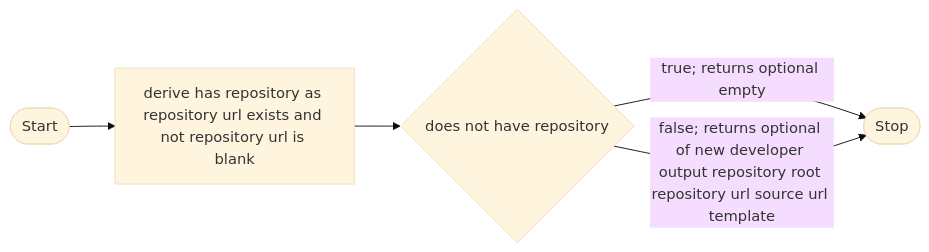
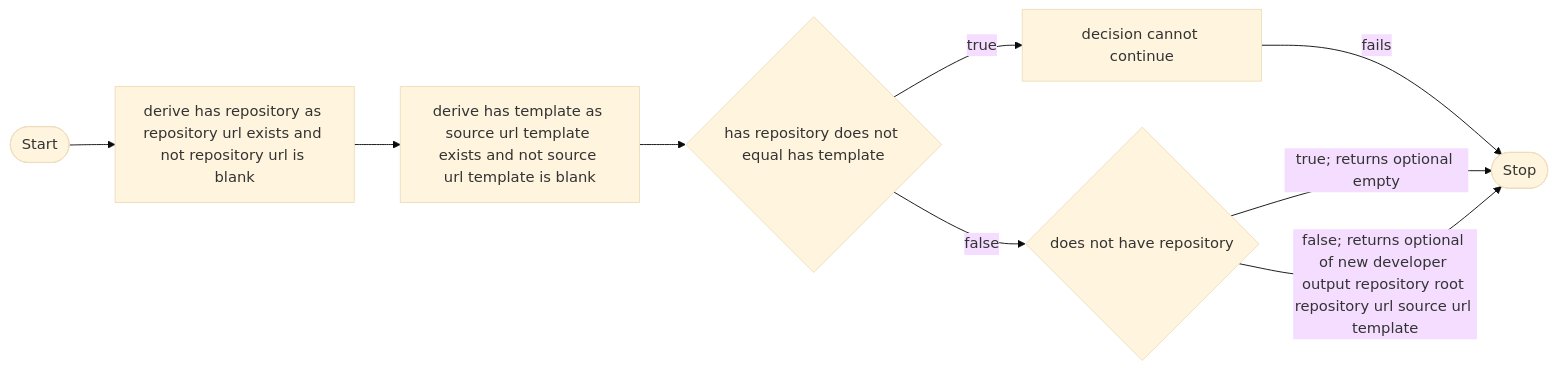
Before and after one commit to Gepardec/businesstracing: the first of 2 diagrams in docs/self-tracing.md, drawn with Mermaid (base theme). The commit also changed other lines of this file and 13 other files, not shown here.

````diff
--- a/docs/self-tracing.md
+++ b/docs/self-tracing.md
@@ -22,11 +30,18 @@
 ```mermaid
 flowchart LR
     n1(["Start"])
     n2["derive has repository as repository url exists and not repository url is blank"]
-    n3{"does not have repository"}
-    n4(["Stop"])
+    n3["derive has template as source url template exists and not source url template is blank"]
+    n4{"has repository does not equal has template"}
+    n5["decision cannot continue"]
+    n6(["Stop"])
+    n7{"does not have repository"}
     n1 --> n2
     n2 --> n3
-    n3 -->|"true; returns optional empty"| n4
-    n3 -->|"false; returns optional of new developer output repository root repository url source url template"| n4
+    n3 --> n4
+    n4 -->|"true"| n5
+    n5 -->|"fails"| n6
+    n4 -->|"false"| n7
+    n7 -->|"true; returns optional empty"| n6
+    n7 -->|"false; returns optional of new developer output repository root repository url source url template"| n6
 ```
````
